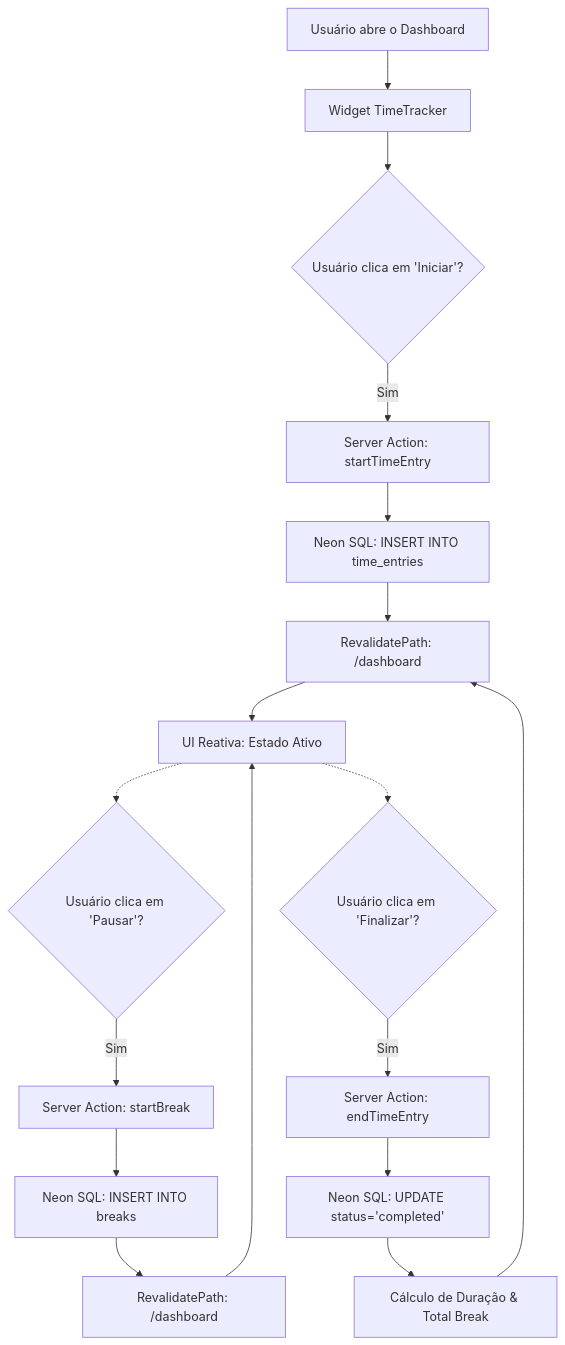
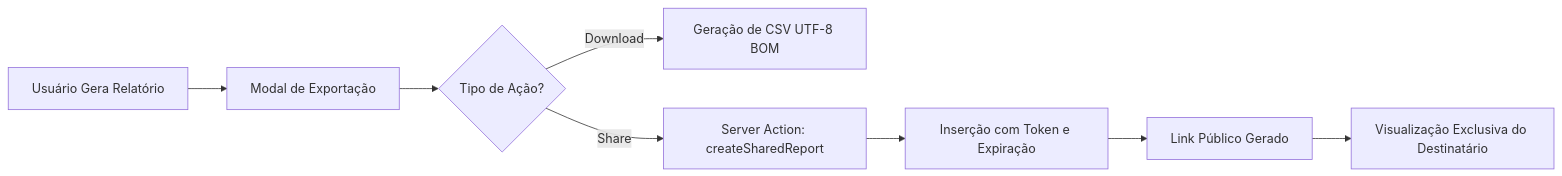
The diagram in README.md (JsCodeDevlopment/syncable), drawn with Mermaid before and after one commit. The commit also changed other lines of this file, not shown here.

Commit message:
docs: enhance README with updated features including new reporting workflows, advanced sharing, and optimized data export, alongside refined architecture and project structure

````diff
--- a/README.md
+++ b/README.md
@@ -54,41 +54,10 @@
 ```mermaid
-flowchart TD
-    %% Nós do diagrama
-    A[Usuário abre o Dashboard]
-    B[Widget TimeTracker]
-    C{Usuário clica em 'Iniciar'?}
-    D["Server Action: startTimeEntry"]
-    E[Neon SQL: INSERT INTO time_entries]
-    F[RevalidatePath: /dashboard]
-    G[UI Reativa: Estado Ativo]
-
-    H{Usuário clica em 'Pausar'?}
-    I["Server Action: startBreak"]
-    J[Neon SQL: INSERT INTO breaks]
-    K[RevalidatePath: /dashboard]
-
-    L{Usuário clica em 'Finalizar'?}
-    M["Server Action: endTimeEntry"]
-    N[Neon SQL: UPDATE status='completed']
-    P[Cálculo de Duração & Total Break]
-
-    %% Conexões
-    A --> B
-    B --> C
-    C -->|Sim| D
-    D --> E
-    E --> F
-    F --> G
-
-    G -.-> H
-    H -->|Sim| I
-    I --> J
-    J --> K
-    K --> G
-
-    G -.-> L
-    L -->|Sim| M
-    M --> N
-    N --> P
-    P --> F
+flowchart LR
+    A[Usuário Gera Relatório] --> B[Modal de Exportação]
+    B --> C{Tipo de Ação?}
+    C -->|Download| D[Geração de CSV UTF-8 BOM]
+    C -->|Share| E[Server Action: createSharedReport]
+    E --> F[Inserção com Token e Expiração]
+    F --> G[Link Público Gerado]
+    G --> H[Visualização Exclusiva do Destinatário]
 ```
````
